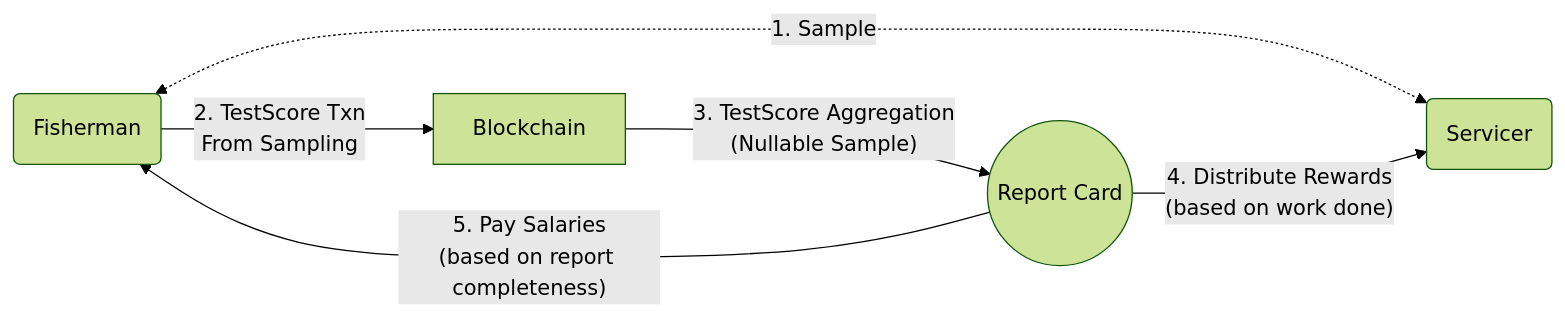
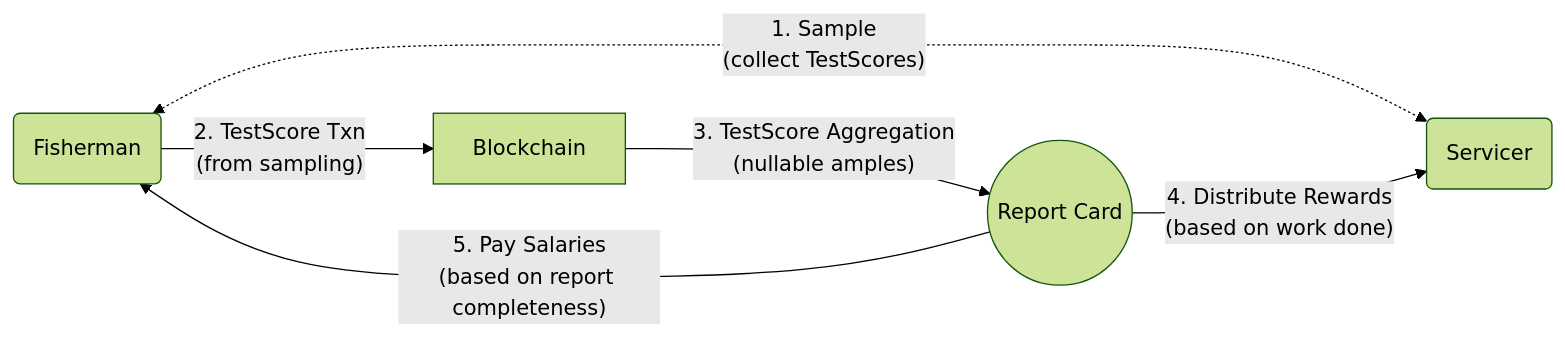
One commit to pokt-network/pocket-network-protocol changed the eighth of 14 diagrams in utility/README.md. Above: the diagram before and after it, drawn with Mermaid (forest theme). The commit also changed other lines of this file and 1 other file, not shown here.

````diff
--- a/utility/README.md
+++ b/utility/README.md
@@ -598,13 +584,13 @@
 ```mermaid
 graph LR
     F(Fisherman)
     B[Blockchain]
     RC((Report Card))
     S(Servicer)
 
-    F <-."1. Sample".-> S
-    F -- "2. TestScore Txn<br>From Sampling" --> B
-    B -- "3. TestScore Aggregation<br>(Nullable Sample)" --> RC
+    F <-."1. Sample<br>(collect TestScores)".-> S
+    F -- "2. TestScore Txn<br>(from sampling)" --> B
+    B -- "3. TestScore Aggregation<br>(nullable amples)" --> RC
     RC -- "4. Distribute Rewards<br>(based on work done)" --> S
-    RC -- "5. Pay Salaries<br>(based on report completeness)"--> F
+    RC -- "5. Pay Salaries<br>(based on report completeness)" --> F
 ```
````
